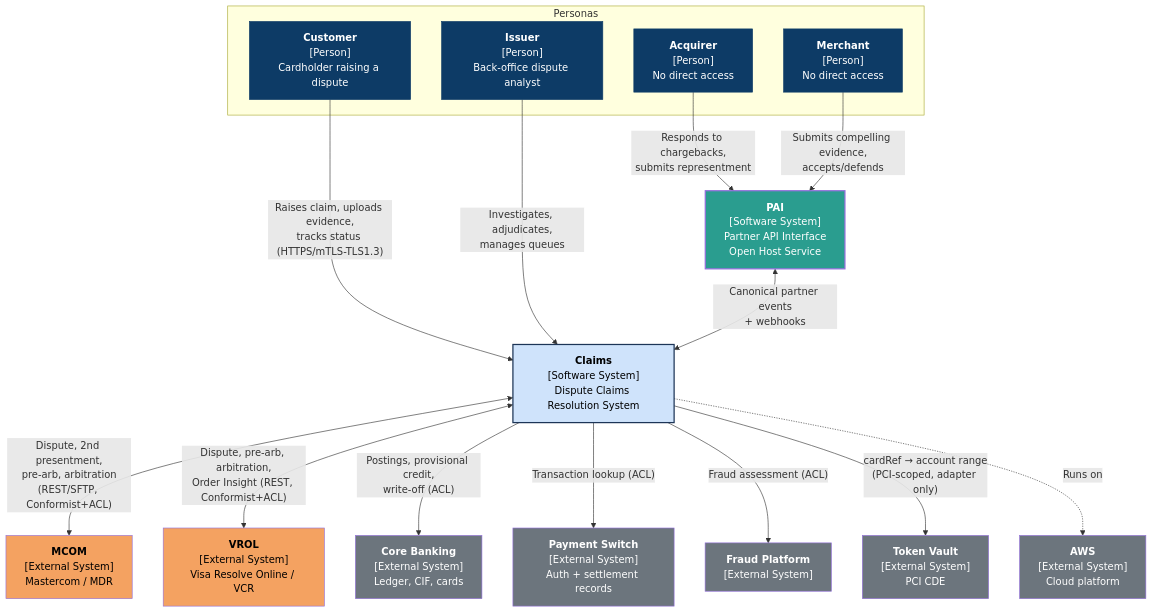
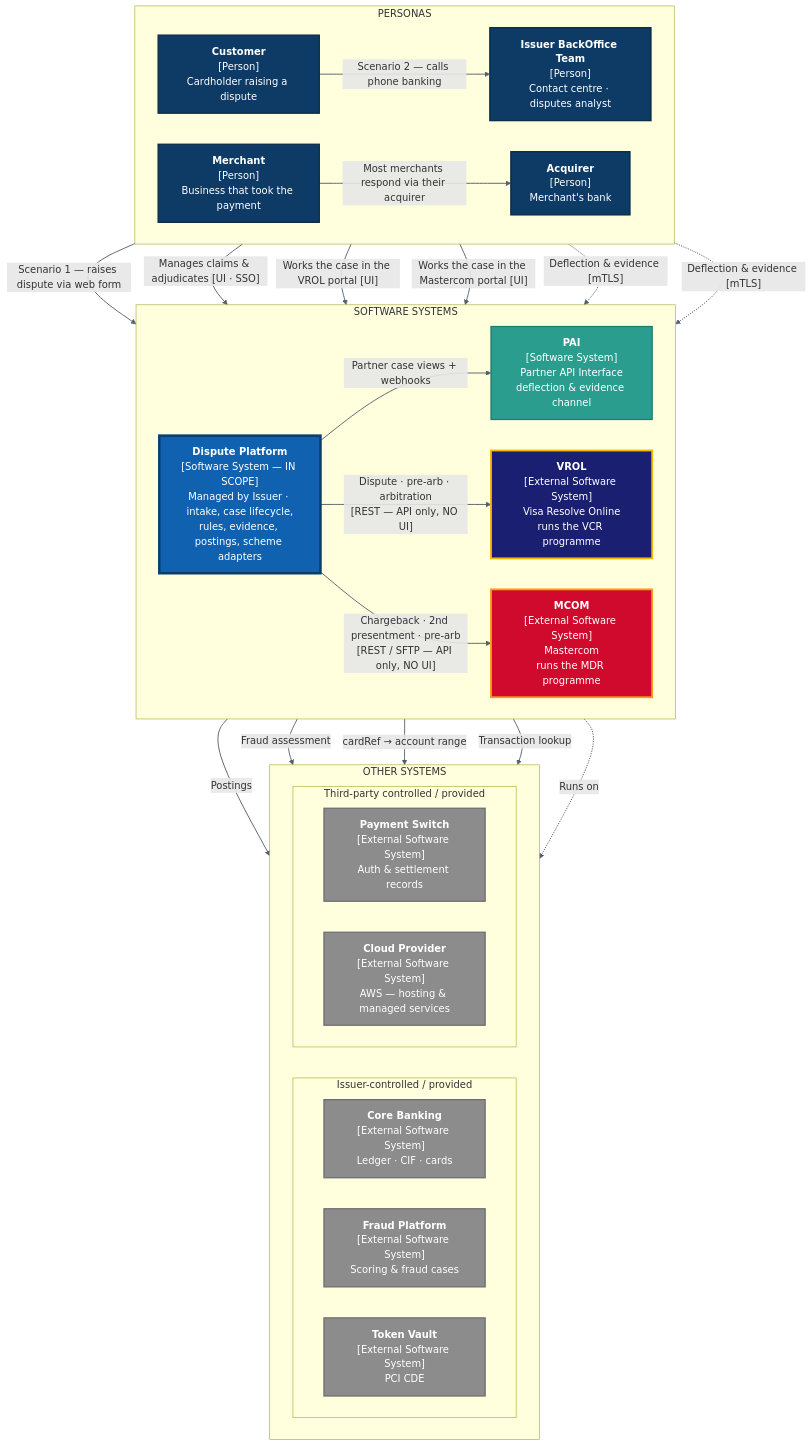
One commit to bmageshvec/poc-claims-resolution changed the eighth of 18 diagrams in docs/dispute-claims-resolution-architecture.md. Above: the diagram before and after it, drawn with Mermaid. The commit also changed other lines of this file and 37 other files, not shown here.

````diff
--- a/docs/dispute-claims-resolution-architecture.md
+++ b/docs/dispute-claims-resolution-architecture.md
@@ -651,46 +858,69 @@
 ```mermaid
-graph TB
-    subgraph P["Personas"]
+flowchart TB
+
+    subgraph PERSONAS["PERSONAS"]
+        direction LR
         CU["<b>Customer</b><br/>[Person]<br/>Cardholder raising a dispute"]
-        IS["<b>Issuer</b><br/>[Person]<br/>Back-office dispute analyst"]
-        AC["<b>Acquirer</b><br/>[Person]<br/>No direct access"]
-        ME["<b>Merchant</b><br/>[Person]<br/>No direct access"]
+        BO["<b>Issuer BackOffice Team</b><br/>[Person]<br/>Contact centre · disputes analyst"]
+        AC["<b>Acquirer</b><br/>[Person]<br/>Merchant's bank"]
+        ME["<b>Merchant</b><br/>[Person]<br/>Business that took the payment"]
     end
 
-    CLAIMS["<b>Claims</b><br/>[Software System]<br/>Dispute Claims Resolution System"]
+    subgraph SOFTWARE["SOFTWARE SYSTEMS"]
+        direction LR
+        PLAT["<b>Dispute Platform</b><br/>[Software System — IN SCOPE]<br/>Managed by Issuer · intake, case lifecycle,<br/>rules, evidence, postings, scheme adapters"]
+        PAI["<b>PAI</b><br/>[Software System]<br/>Partner API Interface<br/>deflection &amp; evidence channel"]
+        VROL["<b>VROL</b><br/>[External Software System]<br/>Visa Resolve Online<br/>runs the VCR programme"]
+        MCOM["<b>MCOM</b><br/>[External Software System]<br/>Mastercom<br/>runs the MDR programme"]
+    end
 
-    PAI["<b>PAI</b><br/>[Software System]<br/>Partner API Interface<br/>Open Host Service"]
+    subgraph OTHER["OTHER SYSTEMS"]
+        direction LR
+        subgraph ISSOWN["Issuer-controlled / provided"]
+            direction LR
+            CBK["<b>Core Banking</b><br/>[External Software System]<br/>Ledger · CIF · cards"]
+            FRD["<b>Fraud Platform</b><br/>[External Software System]<br/>Scoring &amp; fraud cases"]
+            TV["<b>Token Vault</b><br/>[External Software System]<br/>PCI CDE"]
+        end
+        subgraph THIRD["Third-party controlled / provided"]
+            direction LR
+            SW["<b>Payment Switch</b><br/>[External Software System]<br/>Auth &amp; settlement records"]
+            CLD["<b>Cloud Provider</b><br/>[External Software System]<br/>AWS — hosting &amp; managed services"]
+        end
+    end
 
-    VROLX["<b>VROL</b><br/>[External System]<br/>Visa Resolve Online / VCR"]
-    MCOMX["<b>MCOM</b><br/>[External System]<br/>Mastercom / MDR"]
-    AWSX["<b>AWS</b><br/>[External System]<br/>Cloud platform"]
-    CBK["<b>Core Banking</b><br/>[External System]<br/>Ledger, CIF, cards"]
-    SWCH["<b>Payment Switch</b><br/>[External System]<br/>Auth + settlement records"]
-    FRDX["<b>Fraud Platform</b><br/>[External System]"]
-    VLT["<b>Token Vault</b><br/>[External System]<br/>PCI CDE"]
+    CU -->|"Scenario 1 — raises dispute via web form"| PLAT
+    CU -->|"Scenario 2 — calls phone banking"| BO
+    BO -->|"Manages claims &amp; adjudicates [UI · SSO]"| PLAT
 
-    CU -->|"Raises claim, uploads evidence,<br/>tracks status (HTTPS/mTLS-TLS1.3)"| CLAIMS
-    IS -->|"Investigates, adjudicates,<br/>manages queues"| CLAIMS
-    AC -->|"Responds to chargebacks,<br/>submits representment"| PAI
-    ME -->|"Submits compelling evidence,<br/>accepts/defends"| PAI
-    PAI <-->|"Canonical partner events<br/>+ webhooks"| CLAIMS
+    AC -->|"Works the case in the VROL portal [UI]"| VROL
+    AC -->|"Works the case in the Mastercom portal [UI]"| MCOM
+    ME -->|"Most merchants respond via their acquirer"| AC
+    AC -.->|"Deflection &amp; evidence [mTLS]"| PAI
+    ME -.->|"Deflection &amp; evidence [mTLS]"| PAI
 
-    CLAIMS <-->|"Dispute, 2nd presentment,<br/>pre-arb, arbitration<br/>(REST/SFTP, Conformist+ACL)"| MCOMX
-    CLAIMS <-->|"Dispute, pre-arb, arbitration,<br/>Order Insight (REST, Conformist+ACL)"| VROLX
-    CLAIMS -->|"Postings, provisional credit,<br/>write-off (ACL)"| CBK
-    CLAIMS -->|"Transaction lookup (ACL)"| SWCH
-    CLAIMS -->|"Fraud assessment (ACL)"| FRDX
-    CLAIMS -->|"cardRef → account range<br/>(PCI-scoped, adapter only)"| VLT
-    CLAIMS -.->|"Runs on"| AWSX
+    PLAT -->|"Partner case views + webhooks"| PAI
+    PLAT ==>|"Dispute · pre-arb · arbitration<br/>[REST — API only, NO UI]"| VROL
+    PLAT ==>|"Chargeback · 2nd presentment · pre-arb<br/>[REST / SFTP — API only, NO UI]"| MCOM
 
-    classDef person fill:#0d3b66,color:#fff,stroke:#0d3b66
-    classDef sys fill:#cfe3fb,color:#000,stroke:#1d3557,stroke-width:2px
-    classDef ext fill:#6c757d,color:#fff
-    classDef net fill:#f4a261,color:#000
-    classDef pai fill:#2a9d8f,color:#fff,stroke-width:2px
-    class CU,IS,AC,ME person
-    class CLAIMS sys
-    class CBK,SWCH,FRDX,VLT,AWSX ext
-    class VROLX,MCOMX net
-    class PAI pai
+    PLAT ==>|"Postings"| CBK
+    PLAT ==>|"Fraud assessment"| FRD
+    PLAT ==>|"cardRef → account range"| TV
+    PLAT ==>|"Transaction lookup"| SW
+    PLAT -.->|"Runs on"| CLD
+
+    classDef person  fill:#0D3B66,color:#FFFFFF,stroke:#092845,stroke-width:2px
+    classDef inScope fill:#1061B0,color:#FFFFFF,stroke:#0A3D6B,stroke-width:4px
+    classDef ours    fill:#2A9D8F,color:#FFFFFF,stroke:#1D7A6F,stroke-width:2px
+    classDef visa    fill:#1A1F71,color:#FFFFFF,stroke:#F7B600,stroke-width:3px
+    classDef mcard   fill:#CF0A2C,color:#FFFFFF,stroke:#F79E1B,stroke-width:3px
+    classDef ext     fill:#8C8C8C,color:#FFFFFF,stroke:#6C6C6C,stroke-width:2px
+    class CU,BO,AC,ME person
+    class PLAT inScope
+    class PAI ours
+    class VROL visa
+    class MCOM mcard
+    class CBK,FRD,TV,SW,CLD ext
+
+    linkStyle default stroke:#54606C,stroke-width:1.5px
 ```
````
